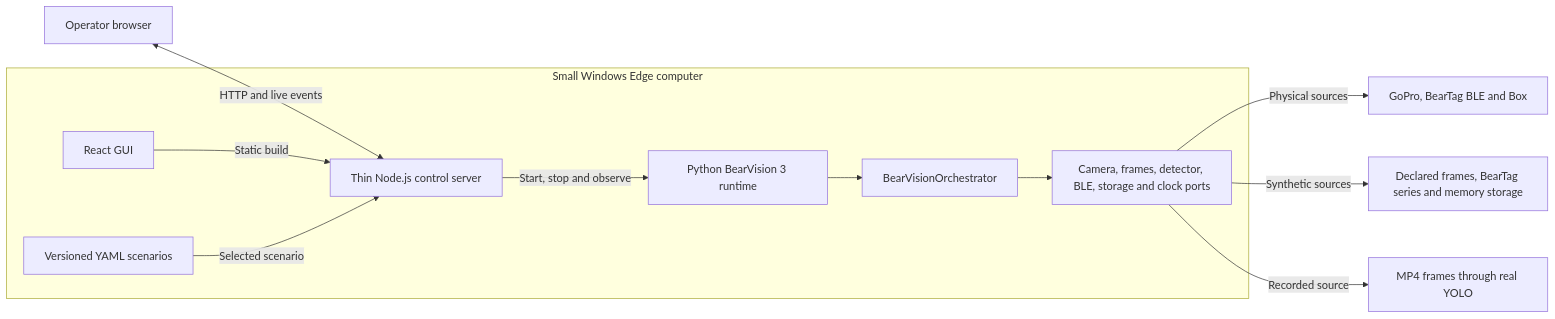
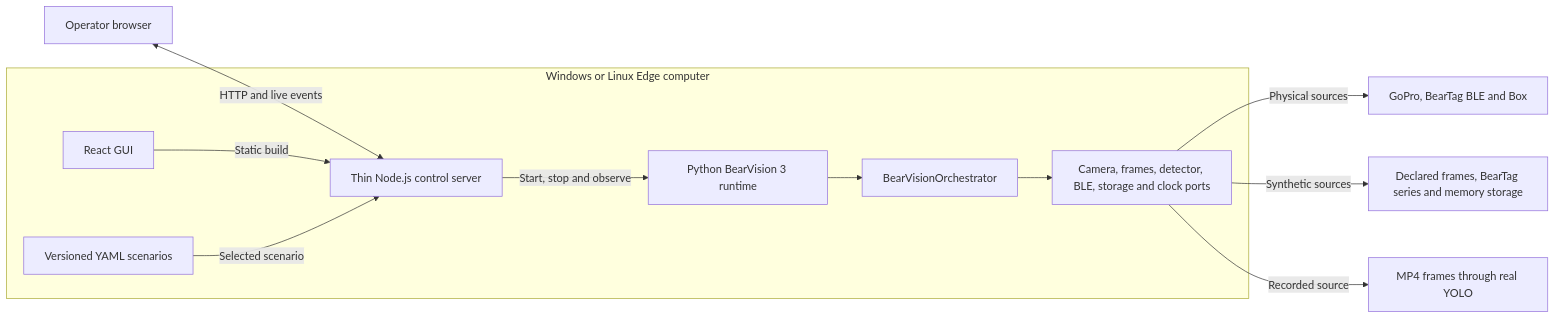
The first of 2 diagrams in docs/remake/edge-control.md (BeerBear85/BearVision), drawn with Mermaid before and after one commit. The commit also changed other lines of this file and 6 other files, not shown here.

Commit message:
Support Windows and Linux Edge deployments

````diff
--- a/docs/remake/edge-control.md
+++ b/docs/remake/edge-control.md
@@ -23,16 +24,16 @@
 ```mermaid
 flowchart LR
     operator["Operator browser"] <-->|"HTTP and live events"| node["Thin Node.js control server"]
 
-    subgraph edgeComputer["Small Windows Edge computer"]
+    subgraph edgeComputer["Windows or Linux Edge computer"]
         node -->|"Start, stop and observe"| python["Python BearVision 3 runtime"]
         react["React GUI"] -->|"Static build"| node
         scenarios["Versioned YAML scenarios"] -->|"Selected scenario"| node
         python --> orchestrator["BearVisionOrchestrator"]
         orchestrator --> ports["Camera, frames, detector, BLE, storage and clock ports"]
     end
 
     ports -->|"Physical sources"| hardware["GoPro, BearTag BLE and Box"]
     ports -->|"Synthetic sources"| simulated["Declared frames, BearTag series and memory storage"]
     ports -->|"Recorded source"| video["MP4 frames through real YOLO"]
 ```
````
